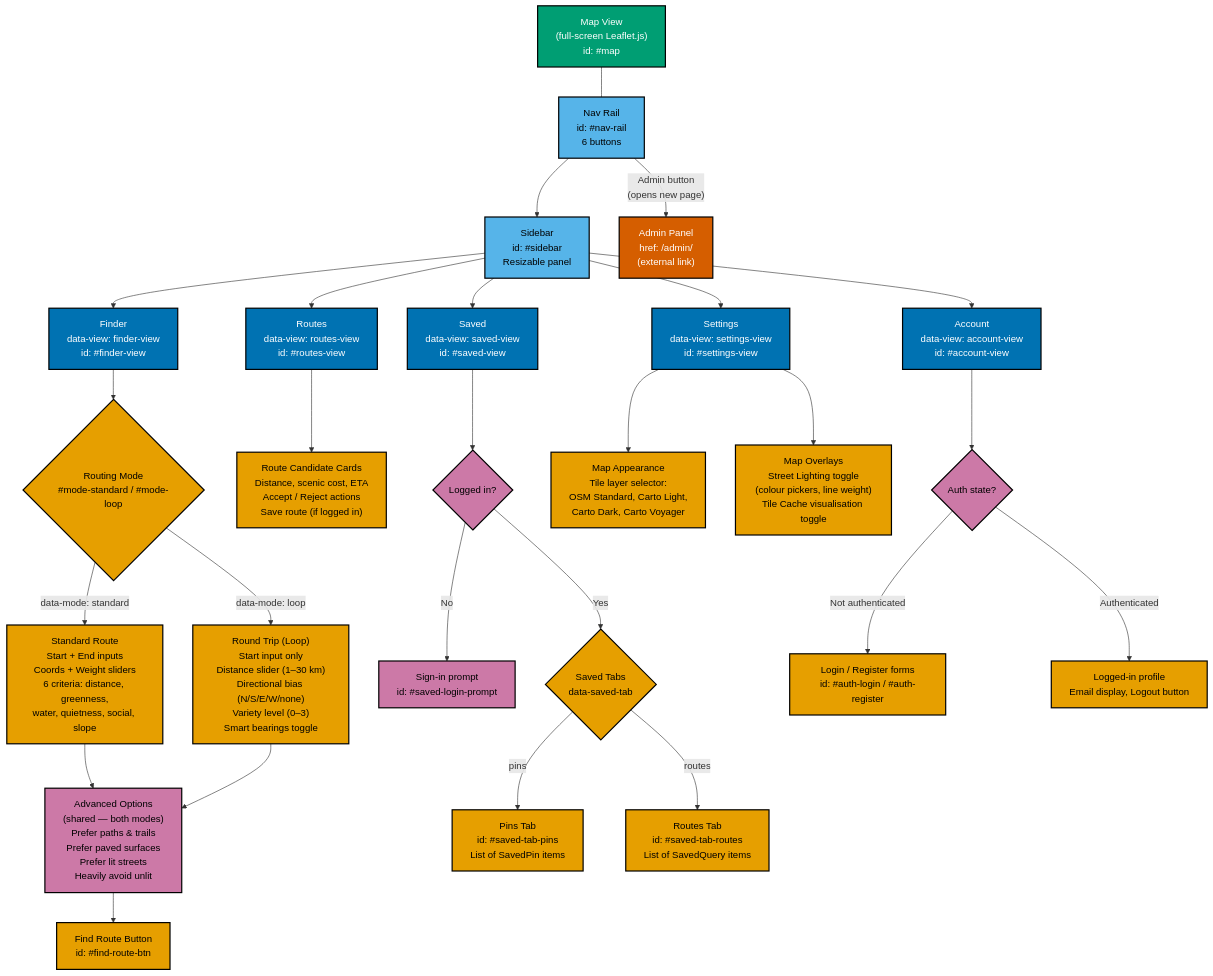
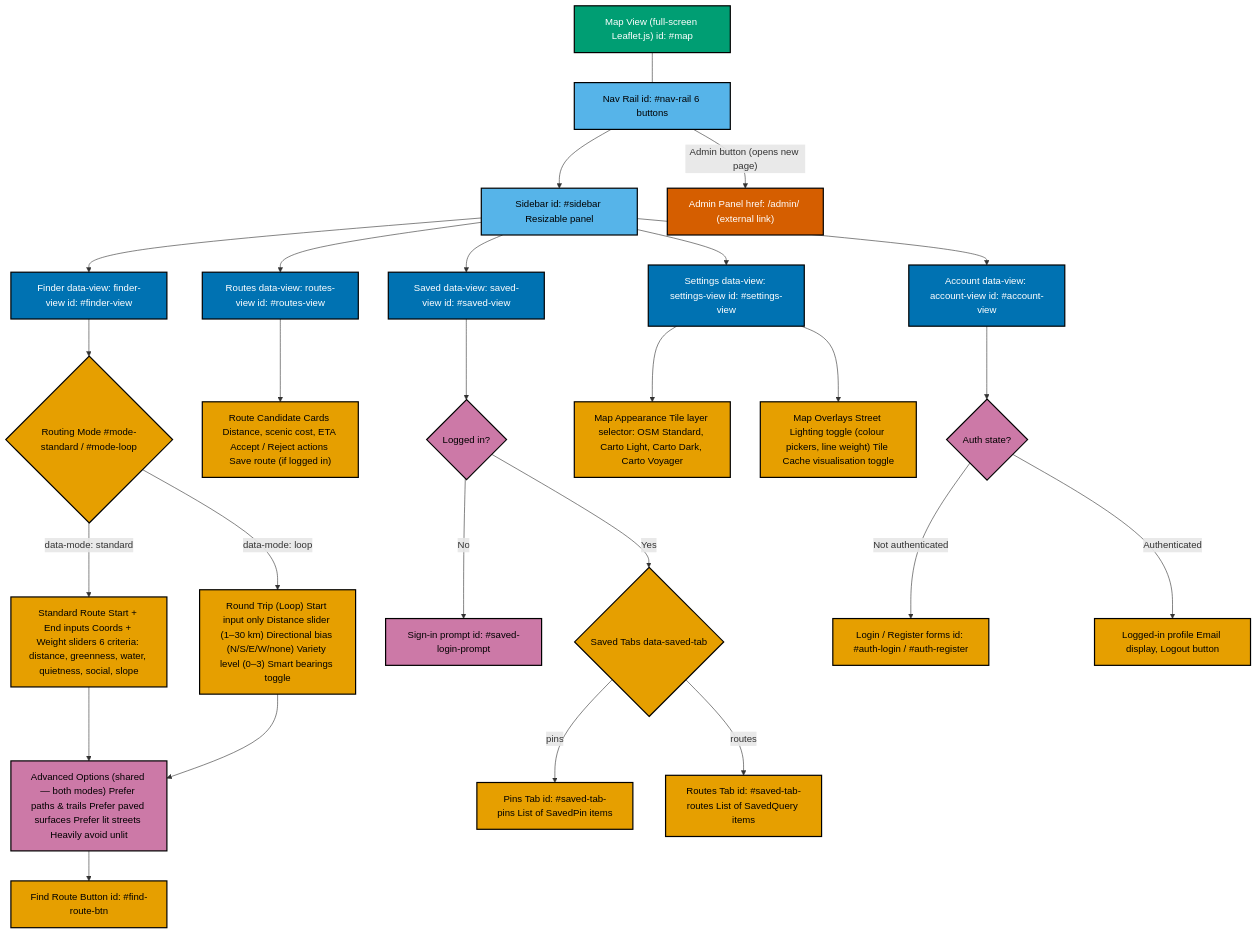
The diagram in docs/report_diagrams/7_ui_panel_flow.md (Chimpyr/pathfinder-project), drawn with Mermaid before and after one commit. The commit also changed 13 other files, not shown here.

Commit message:
Fix trunk and REDIS race condition, with DIAGRAMS

````diff
--- a/docs/report_diagrams/7_ui_panel_flow.md
+++ b/docs/report_diagrams/7_ui_panel_flow.md
@@ -16,86 +16,86 @@
     classDef detail fill:#CC79A7,stroke:#000,stroke-width:2px,color:#000
 
     %% ── Map View (always visible background) ─────────────────────
-    Map["Map View\n(full-screen Leaflet.js)\nid: #map"]:::map
+    Map["Map View (full-screen Leaflet.js) id: #map"]:::map
 
     %% ── Navigation Rail (left edge) ──────────────────────────────
-    NavRail["Nav Rail\nid: #nav-rail\n6 buttons"]:::nav
+    NavRail["Nav Rail id: #nav-rail 6 buttons"]:::nav
     Map --- NavRail
 
     %% ── Sidebar Container ────────────────────────────────────────
-    Sidebar["Sidebar\nid: #sidebar\nResizable panel"]:::nav
+    Sidebar["Sidebar id: #sidebar Resizable panel"]:::nav
     NavRail --> Sidebar
 
     %% ── Panel: Finder ────────────────────────────────────────────
-    Finder["Finder\ndata-view: finder-view\nid: #finder-view"]:::panel
+    Finder["Finder data-view: finder-view id: #finder-view"]:::panel
     Sidebar --> Finder
 
-    ModeToggle{"Routing Mode\n#mode-standard / #mode-loop"}:::sub
+    ModeToggle{"Routing Mode #mode-standard / #mode-loop"}:::sub
     Finder --> ModeToggle
 
-    Standard["Standard Route\nStart + End inputs\nCoords + Weight sliders\n6 criteria: distance, greenness,\nwater, quietness, social, slope"]:::sub
-    Loop["Round Trip (Loop)\nStart input only\nDistance slider (1–30 km)\nDirectional bias (N/S/E/W/none)\nVariety level (0–3)\nSmart bearings toggle"]:::sub
+    Standard["Standard Route Start + End inputs Coords + Weight sliders 6 criteria: distance, greenness, water, quietness, social, slope"]:::sub
+    Loop["Round Trip (Loop) Start input only Distance slider (1–30 km) Directional bias (N/S/E/W/none) Variety level (0–3) Smart bearings toggle"]:::sub
 
     ModeToggle -->|"data-mode: standard"| Standard
     ModeToggle -->|"data-mode: loop"| Loop
 
-    AdvOpts["Advanced Options\n(shared — both modes)\nPrefer paths & trails\nPrefer paved surfaces\nPrefer lit streets\nHeavily avoid unlit"]:::detail
+    AdvOpts["Advanced Options (shared — both modes) Prefer paths & trails Prefer paved surfaces Prefer lit streets Heavily avoid unlit"]:::detail
     Standard --> AdvOpts
     Loop --> AdvOpts
 
-    FindBtn["Find Route Button\nid: #find-route-btn"]:::sub
+    FindBtn["Find Route Button id: #find-route-btn"]:::sub
     AdvOpts --> FindBtn
 
     %% ── Panel: Routes ────────────────────────────────────────────
-    Routes["Routes\ndata-view: routes-view\nid: #routes-view"]:::panel
+    Routes["Routes data-view: routes-view id: #routes-view"]:::panel
     Sidebar --> Routes
 
-    RouteList["Route Candidate Cards\nDistance, scenic cost, ETA\nAccept / Reject actions\nSave route (if logged in)"]:::sub
+    RouteList["Route Candidate Cards Distance, scenic cost, ETA Accept / Reject actions Save route (if logged in)"]:::sub
     Routes --> RouteList
 
     %% ── Panel: Saved ─────────────────────────────────────────────
-    Saved["Saved\ndata-view: saved-view\nid: #saved-view"]:::panel
+    Saved["Saved data-view: saved-view id: #saved-view"]:::panel
     Sidebar --> Saved
 
     LoginGate{"Logged in?"}:::detail
     Saved --> LoginGate
 
-    LoginPrompt["Sign-in prompt\nid: #saved-login-prompt"]:::detail
+    LoginPrompt["Sign-in prompt id: #saved-login-prompt"]:::detail
     LoginGate -->|"No"| LoginPrompt
 
-    SavedTabs{"Saved Tabs\ndata-saved-tab"}:::sub
+    SavedTabs{"Saved Tabs data-saved-tab"}:::sub
     LoginGate -->|"Yes"| SavedTabs
 
-    Pins["Pins Tab\nid: #saved-tab-pins\nList of SavedPin items"]:::sub
-    SavedRoutes["Routes Tab\nid: #saved-tab-routes\nList of SavedQuery items"]:::sub
+    Pins["Pins Tab id: #saved-tab-pins List of SavedPin items"]:::sub
+    SavedRoutes["Routes Tab id: #saved-tab-routes List of SavedQuery items"]:::sub
 
     SavedTabs -->|"pins"| Pins
     SavedTabs -->|"routes"| SavedRoutes
 
     %% ── Panel: Settings ──────────────────────────────────────────
-    Settings["Settings\ndata-view: settings-view\nid: #settings-view"]:::panel
+    Settings["Settings data-view: settings-view id: #settings-view"]:::panel
     Sidebar --> Settings
 
-    MapStyle["Map Appearance\nTile layer selector:\nOSM Standard, Carto Light,\nCarto Dark, Carto Voyager"]:::sub
-    Overlays["Map Overlays\nStreet Lighting toggle\n(colour pickers, line weight)\nTile Cache visualisation toggle"]:::sub
+    MapStyle["Map Appearance Tile layer selector: OSM Standard, Carto Light, Carto Dark, Carto Voyager"]:::sub
+    Overlays["Map Overlays Street Lighting toggle (colour pickers, line weight) Tile Cache visualisation toggle"]:::sub
 
     Settings --> MapStyle
     Settings --> Overlays
 
     %% ── Panel: Account ───────────────────────────────────────────
-    Account["Account\ndata-view: account-view\nid: #account-view"]:::panel
+    Account["Account data-view: account-view id: #account-view"]:::panel
     Sidebar --> Account
 
     AuthState{"Auth state?"}:::detail
     Account --> AuthState
 
-    LoginForm["Login / Register forms\nid: #auth-login / #auth-register"]:::sub
-    Profile["Logged-in profile\nEmail display, Logout button"]:::sub
+    LoginForm["Login / Register forms id: #auth-login / #auth-register"]:::sub
+    Profile["Logged-in profile Email display, Logout button"]:::sub
 
     AuthState -->|"Not authenticated"| LoginForm
     AuthState -->|"Authenticated"| Profile
 
     %% ── External: Admin ──────────────────────────────────────────
-    Admin["Admin Panel\nhref: /admin/\n(external link)"]:::external
-    NavRail -->|"Admin button\n(opens new page)"| Admin
+    Admin["Admin Panel href: /admin/ (external link)"]:::external
+    NavRail -->|"Admin button (opens new page)"| Admin
 ```
````
